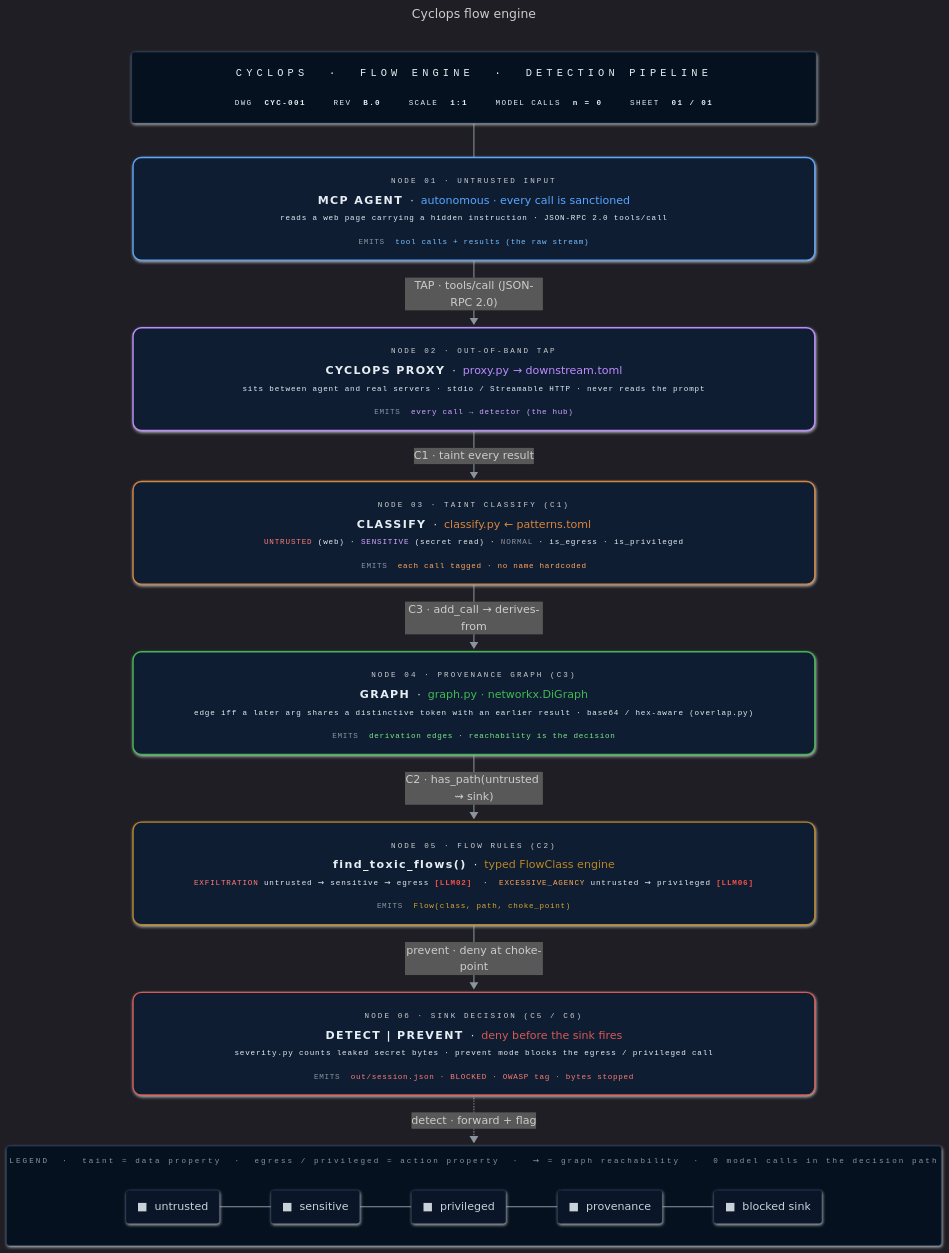
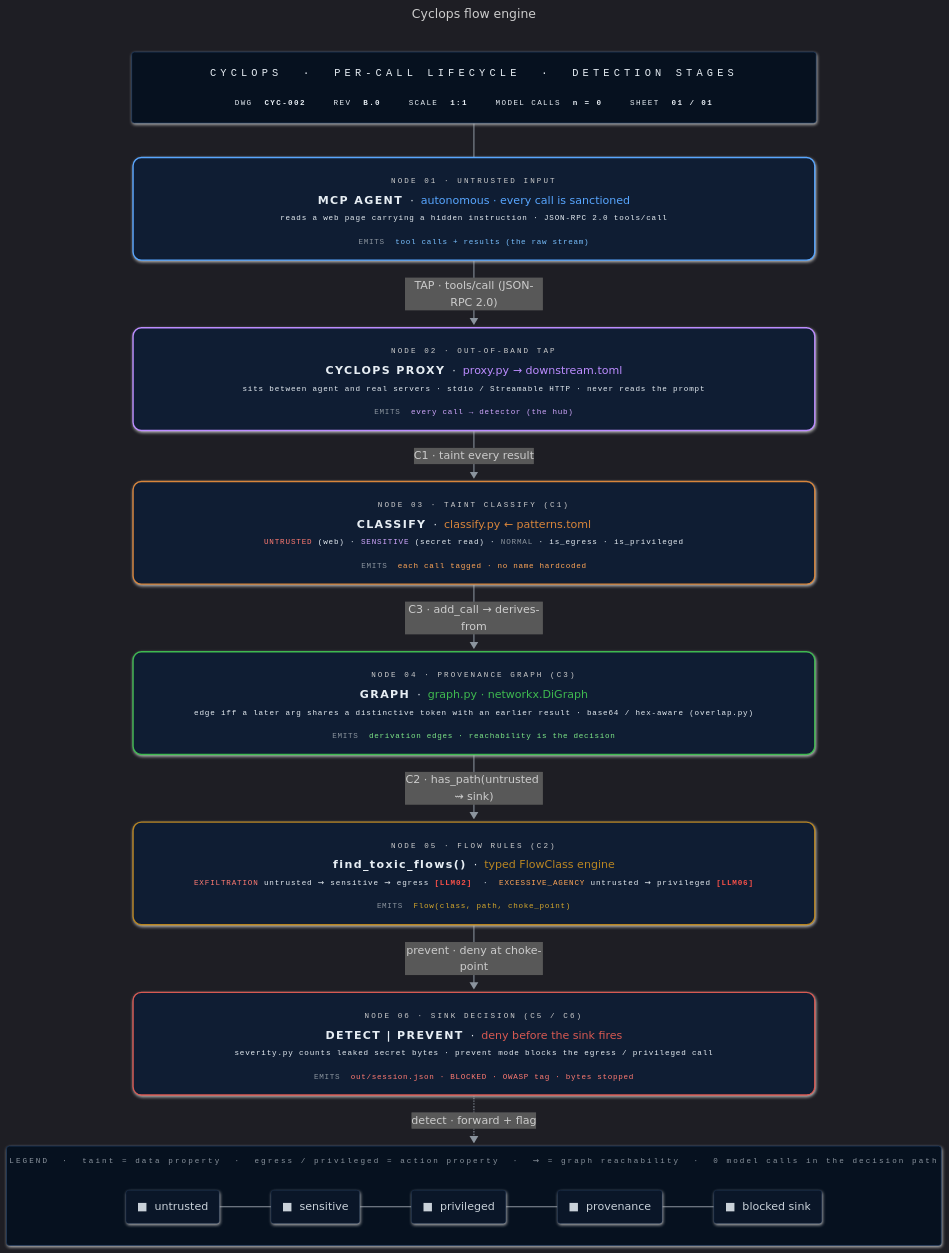
Before and after one commit to enchanter-ai/cyclops: the diagram in docs/assets/flow-engine.mmd, drawn with Mermaid. The commit also changed 12 other files, not shown here.

First line of the commit message:
docs: rebuild diagrams in the wixie engineering-blueprint style

```diff
--- a/docs/assets/flow-engine.mmd
+++ b/docs/assets/flow-engine.mmd
@@ -1,71 +1,71 @@
 ---
 title: Cyclops flow engine
 config:
   look: neo
   theme: dark
   themeVariables:
     background: '#0a1628'
     primaryColor: '#0f1d33'
     primaryTextColor: '#e6edf3'
     primaryBorderColor: '#1e3a5f'
     lineColor: '#8b949e'
     secondaryColor: '#0f1d33'
     tertiaryColor: '#0a1628'
     mainBkg: '#0a1628'
     clusterBkg: '#06111f'
     clusterBorder: '#1e3a5f'
     fontFamily: '-apple-system, BlinkMacSystemFont, Segoe UI, Helvetica, Arial, sans-serif'
   flowchart:
     curve: basis
     padding: 18
     nodeSpacing: 44
     rankSpacing: 50
     htmlLabels: true
     subGraphTitleMargin:
       top: 14
       bottom: 18
 ---
 flowchart TB
-    TitleBlock["<div style='font-family:ui-monospace,SFMono-Regular,Consolas,monospace;text-align:center;min-width:940px;padding:6px 10px;line-height:1.8'><div style='color:#58a6ff;font-size:15px;letter-spacing:6px;border-bottom:1px solid #1e3a5f;padding-bottom:10px;margin-bottom:10px'>CYCLOPS &nbsp;·&nbsp; FLOW&nbsp;ENGINE &nbsp;·&nbsp; DETECTION&nbsp;PIPELINE</div><div style='display:flex;gap:40px;justify-content:center;font-size:11px;color:#8b949e;letter-spacing:2px'><span>DWG&nbsp;&nbsp;<b style='color:#e6edf3'>CYC-001</b></span><span>REV&nbsp;&nbsp;<b style='color:#e6edf3'>B.0</b></span><span>SCALE&nbsp;&nbsp;<b style='color:#e6edf3'>1:1</b></span><span>MODEL&nbsp;CALLS&nbsp;&nbsp;<b style='color:#e6edf3'>n&nbsp;=&nbsp;0</b></span><span>SHEET&nbsp;&nbsp;<b style='color:#e6edf3'>01&nbsp;/&nbsp;01</b></span></div></div>"]
+    TitleBlock["<div style='font-family:ui-monospace,SFMono-Regular,Consolas,monospace;text-align:center;min-width:940px;padding:6px 10px;line-height:1.8'><div style='color:#58a6ff;font-size:15px;letter-spacing:6px;border-bottom:1px solid #1e3a5f;padding-bottom:10px;margin-bottom:10px'>CYCLOPS &nbsp;·&nbsp; PER-CALL&nbsp;LIFECYCLE &nbsp;·&nbsp; DETECTION&nbsp;STAGES</div><div style='display:flex;gap:40px;justify-content:center;font-size:11px;color:#8b949e;letter-spacing:2px'><span>DWG&nbsp;&nbsp;<b style='color:#e6edf3'>CYC-002</b></span><span>REV&nbsp;&nbsp;<b style='color:#e6edf3'>B.0</b></span><span>SCALE&nbsp;&nbsp;<b style='color:#e6edf3'>1:1</b></span><span>MODEL&nbsp;CALLS&nbsp;&nbsp;<b style='color:#e6edf3'>n&nbsp;=&nbsp;0</b></span><span>SHEET&nbsp;&nbsp;<b style='color:#e6edf3'>01&nbsp;/&nbsp;01</b></span></div></div>"]
 
     Agent["<div style='text-align:center;min-width:940px;line-height:2;padding:4px 8px'><div><span style='font-family:ui-monospace,monospace;color:#8b949e;font-size:11px;letter-spacing:3px'>NODE&nbsp;01&nbsp;·&nbsp;UNTRUSTED&nbsp;INPUT</span></div><div style='line-height:1.8'><b style='letter-spacing:2px'>MCP&nbsp;AGENT</b>&nbsp;&nbsp;·&nbsp;&nbsp;<span style='color:#58a6ff'>autonomous&nbsp;·&nbsp;every&nbsp;call&nbsp;is&nbsp;sanctioned</span></div><div style='color:#6e7681;font-size:11px;font-family:ui-monospace,monospace;letter-spacing:1.2px'>reads&nbsp;a&nbsp;web&nbsp;page&nbsp;carrying&nbsp;a&nbsp;hidden&nbsp;instruction&nbsp;·&nbsp;JSON-RPC&nbsp;2.0&nbsp;tools/call</div><div style='border-top:1px solid #1e3a5f;margin-top:6px;padding-top:6px;font-family:ui-monospace,monospace;font-size:11px;letter-spacing:1px'><span style='color:#8b949e'>EMITS</span>&nbsp;&nbsp;<span style='color:#79c0ff'>tool&nbsp;calls&nbsp;+&nbsp;results&nbsp;(the&nbsp;raw&nbsp;stream)</span></div></div>"]
 
     Proxy["<div style='text-align:center;min-width:940px;line-height:2;padding:4px 8px'><div><span style='font-family:ui-monospace,monospace;color:#8b949e;font-size:11px;letter-spacing:3px'>NODE&nbsp;02&nbsp;·&nbsp;OUT-OF-BAND&nbsp;TAP</span></div><div style='line-height:1.8'><b style='letter-spacing:2px'>CYCLOPS&nbsp;PROXY</b>&nbsp;&nbsp;·&nbsp;&nbsp;<span style='color:#bc8cff'>proxy.py&nbsp;→&nbsp;downstream.toml</span></div><div style='color:#6e7681;font-size:11px;font-family:ui-monospace,monospace;letter-spacing:1.2px'>sits&nbsp;between&nbsp;agent&nbsp;and&nbsp;real&nbsp;servers&nbsp;·&nbsp;stdio&nbsp;/&nbsp;Streamable&nbsp;HTTP&nbsp;·&nbsp;never&nbsp;reads&nbsp;the&nbsp;prompt</div><div style='border-top:1px solid #1e3a5f;margin-top:6px;padding-top:6px;font-family:ui-monospace,monospace;font-size:11px;letter-spacing:1px'><span style='color:#8b949e'>EMITS</span>&nbsp;&nbsp;<span style='color:#d2a8ff'>every&nbsp;call&nbsp;→&nbsp;detector&nbsp;(the&nbsp;hub)</span></div></div>"]
 
     Classify["<div style='text-align:center;min-width:940px;line-height:2;padding:4px 8px'><div><span style='font-family:ui-monospace,monospace;color:#8b949e;font-size:11px;letter-spacing:3px'>NODE&nbsp;03&nbsp;·&nbsp;TAINT&nbsp;CLASSIFY&nbsp;(C1)</span></div><div style='line-height:1.8'><b style='letter-spacing:2px'>CLASSIFY</b>&nbsp;&nbsp;·&nbsp;&nbsp;<span style='color:#d8853b'>classify.py&nbsp;←&nbsp;patterns.toml</span></div><div style='color:#6e7681;font-size:11px;font-family:ui-monospace,monospace;letter-spacing:1.2px'><span style='color:#ff7b72'>UNTRUSTED</span>&nbsp;(web)&nbsp;·&nbsp;<span style='color:#d2a8ff'>SENSITIVE</span>&nbsp;(secret&nbsp;read)&nbsp;·&nbsp;<span style='color:#8b949e'>NORMAL</span>&nbsp;·&nbsp;is_egress&nbsp;·&nbsp;is_privileged</div><div style='border-top:1px solid #1e3a5f;margin-top:6px;padding-top:6px;font-family:ui-monospace,monospace;font-size:11px;letter-spacing:1px'><span style='color:#8b949e'>EMITS</span>&nbsp;&nbsp;<span style='color:#ffa657'>each&nbsp;call&nbsp;tagged&nbsp;·&nbsp;no&nbsp;name&nbsp;hardcoded</span></div></div>"]
 
     Provgraph["<div style='text-align:center;min-width:940px;line-height:2;padding:4px 8px'><div><span style='font-family:ui-monospace,monospace;color:#8b949e;font-size:11px;letter-spacing:3px'>NODE&nbsp;04&nbsp;·&nbsp;PROVENANCE&nbsp;GRAPH&nbsp;(C3)</span></div><div style='line-height:1.8'><b style='letter-spacing:2px'>GRAPH</b>&nbsp;&nbsp;·&nbsp;&nbsp;<span style='color:#3fb950'>graph.py&nbsp;·&nbsp;networkx.DiGraph</span></div><div style='color:#6e7681;font-size:11px;font-family:ui-monospace,monospace;letter-spacing:1.2px'>edge&nbsp;iff&nbsp;a&nbsp;later&nbsp;arg&nbsp;shares&nbsp;a&nbsp;distinctive&nbsp;token&nbsp;with&nbsp;an&nbsp;earlier&nbsp;result&nbsp;·&nbsp;base64&nbsp;/&nbsp;hex-aware&nbsp;(overlap.py)</div><div style='border-top:1px solid #1e3a5f;margin-top:6px;padding-top:6px;font-family:ui-monospace,monospace;font-size:11px;letter-spacing:1px'><span style='color:#8b949e'>EMITS</span>&nbsp;&nbsp;<span style='color:#7ee787'>derivation&nbsp;edges&nbsp;·&nbsp;reachability&nbsp;is&nbsp;the&nbsp;decision</span></div></div>"]
 
     Rules["<div style='text-align:center;min-width:940px;line-height:2;padding:4px 8px'><div><span style='font-family:ui-monospace,monospace;color:#8b949e;font-size:11px;letter-spacing:3px'>NODE&nbsp;05&nbsp;·&nbsp;FLOW&nbsp;RULES&nbsp;(C2)</span></div><div style='line-height:1.8'><b style='letter-spacing:2px'>find_toxic_flows()</b>&nbsp;&nbsp;·&nbsp;&nbsp;<span style='color:#b88522'>typed&nbsp;FlowClass&nbsp;engine</span></div><div style='color:#6e7681;font-size:11px;font-family:ui-monospace,monospace;letter-spacing:1.2px'><span style='color:#ff7b72'>EXFILTRATION</span>&nbsp;untrusted&nbsp;⇝&nbsp;sensitive&nbsp;⇝&nbsp;egress&nbsp;<b style='color:#f85149'>[LLM02]</b>&nbsp;&nbsp;·&nbsp;&nbsp;<span style='color:#ffa657'>EXCESSIVE_AGENCY</span>&nbsp;untrusted&nbsp;⇝&nbsp;privileged&nbsp;<b style='color:#f85149'>[LLM06]</b></div><div style='border-top:1px solid #1e3a5f;margin-top:6px;padding-top:6px;font-family:ui-monospace,monospace;font-size:11px;letter-spacing:1px'><span style='color:#8b949e'>EMITS</span>&nbsp;&nbsp;<span style='color:#d4a72c'>Flow(class,&nbsp;path,&nbsp;choke_point)</span></div></div>"]
 
     Sink["<div style='text-align:center;min-width:940px;line-height:2;padding:4px 8px'><div><span style='font-family:ui-monospace,monospace;color:#8b949e;font-size:11px;letter-spacing:3px'>NODE&nbsp;06&nbsp;·&nbsp;SINK&nbsp;DECISION&nbsp;(C5&nbsp;/&nbsp;C6)</span></div><div style='line-height:1.8'><b style='letter-spacing:2px'>DETECT&nbsp;|&nbsp;PREVENT</b>&nbsp;&nbsp;·&nbsp;&nbsp;<span style='color:#d75952'>deny&nbsp;before&nbsp;the&nbsp;sink&nbsp;fires</span></div><div style='color:#6e7681;font-size:11px;font-family:ui-monospace,monospace;letter-spacing:1.2px'>severity.py&nbsp;counts&nbsp;leaked&nbsp;secret&nbsp;bytes&nbsp;·&nbsp;prevent&nbsp;mode&nbsp;blocks&nbsp;the&nbsp;egress&nbsp;/&nbsp;privileged&nbsp;call</div><div style='border-top:1px solid #1e3a5f;margin-top:6px;padding-top:6px;font-family:ui-monospace,monospace;font-size:11px;letter-spacing:1px'><span style='color:#8b949e'>EMITS</span>&nbsp;&nbsp;<span style='color:#ff7b72'>out/session.json&nbsp;·&nbsp;BLOCKED&nbsp;·&nbsp;OWASP&nbsp;tag&nbsp;·&nbsp;bytes&nbsp;stopped</span></div></div>"]
 
     subgraph Legend["<div style='font-family:ui-monospace,monospace;color:#8b949e;font-size:11px;letter-spacing:3px;min-width:940px;text-align:center'>LEGEND&nbsp;&nbsp;·&nbsp;&nbsp;taint&nbsp;=&nbsp;data&nbsp;property&nbsp;&nbsp;·&nbsp;&nbsp;egress&nbsp;/&nbsp;privileged&nbsp;=&nbsp;action&nbsp;property&nbsp;&nbsp;·&nbsp;&nbsp;⇝&nbsp;=&nbsp;graph&nbsp;reachability&nbsp;&nbsp;·&nbsp;&nbsp;0&nbsp;model&nbsp;calls&nbsp;in&nbsp;the&nbsp;decision&nbsp;path</div>"]
         direction LR
         lg1["<span style='color:#ff7b72'>■</span>&nbsp;&nbsp;untrusted"] --- lg2["<span style='color:#d2a8ff'>■</span>&nbsp;&nbsp;sensitive"] --- lg3["<span style='color:#ffa657'>■</span>&nbsp;&nbsp;privileged"] --- lg4["<span style='color:#3fb950'>■</span>&nbsp;&nbsp;provenance"] --- lg5["<span style='color:#d75952'>■</span>&nbsp;&nbsp;blocked&nbsp;sink"]
     end
 
     TitleBlock ~~~ Agent
     Agent ==>|"TAP · tools/call (JSON-RPC 2.0)"| Proxy
     Proxy ==>|"C1 · taint every result"| Classify
     Classify ==>|"C3 · add_call → derives-from"| Provgraph
     Provgraph ==>|"C2 · has_path(untrusted ⇝ sink)"| Rules
     Rules ==>|"prevent · deny at choke-point"| Sink
     Sink -.->|"detect · forward + flag"| Legend
 
     classDef titleBlock fill:#06111f,stroke:#1e3a5f,stroke-width:1px,color:#e6edf3,rx:4,ry:4
     classDef legend fill:#06111f,stroke:#1e3a5f,stroke-width:1px,color:#8b949e,rx:4,ry:4
     classDef legendItem fill:#0a1628,stroke:#1e3a5f,stroke-width:0.5px,color:#c9d1d9,rx:4,ry:4
 
     class TitleBlock titleBlock
     class Legend legend
     class lg1,lg2,lg3,lg4,lg5 legendItem
 
     style Agent     fill:#0f1d33,stroke:#58a6ff,stroke-width:2px,color:#e6edf3,rx:12,ry:12
     style Proxy     fill:#0f1d33,stroke:#bc8cff,stroke-width:2px,color:#e6edf3,rx:12,ry:12
     style Classify  fill:#0f1d33,stroke:#d8853b,stroke-width:2px,color:#e6edf3,rx:12,ry:12
     style Provgraph fill:#0f1d33,stroke:#3fb950,stroke-width:2px,color:#e6edf3,rx:12,ry:12
     style Rules     fill:#0f1d33,stroke:#b88522,stroke-width:2px,color:#e6edf3,rx:12,ry:12
     style Sink      fill:#0f1d33,stroke:#d75952,stroke-width:2px,color:#e6edf3,rx:12,ry:12
 
     linkStyle default stroke:#8b949e,stroke-width:1.5px
```
